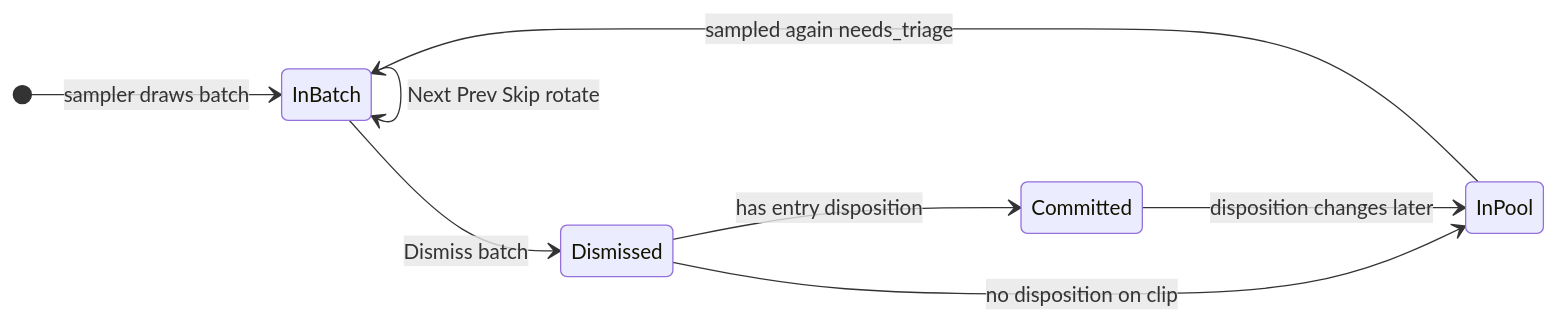
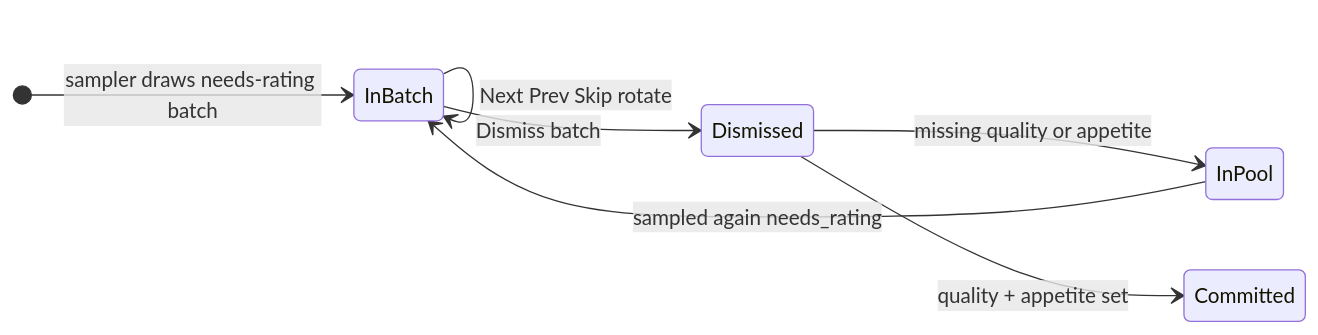
One commit to schibb-dev/comfyui-runpod changed the third of 8 diagrams in docs/DISPOSITION_BUCKET_MODEL.md. Above: the diagram before and after it, drawn with Mermaid. The commit also changed other lines of this file and 5 other files, not shown here.

````diff
--- a/docs/DISPOSITION_BUCKET_MODEL.md
+++ b/docs/DISPOSITION_BUCKET_MODEL.md
@@ -127,11 +127,10 @@
 ```mermaid
 stateDiagram-v2
   direction LR
-  [*] --> InBatch: sampler draws batch
+  [*] --> InBatch: sampler draws needs-rating batch
   InBatch --> InBatch: Next Prev Skip rotate
   InBatch --> Dismissed: Dismiss batch
-  Dismissed --> InPool: no disposition on clip
-  Dismissed --> Committed: has entry disposition
-  Committed --> InPool: disposition changes later
-  InPool --> InBatch: sampled again needs_triage
+  Dismissed --> InPool: missing quality or appetite
+  Dismissed --> Committed: quality + appetite set
+  InPool --> InBatch: sampled again needs_rating
 ```
````
